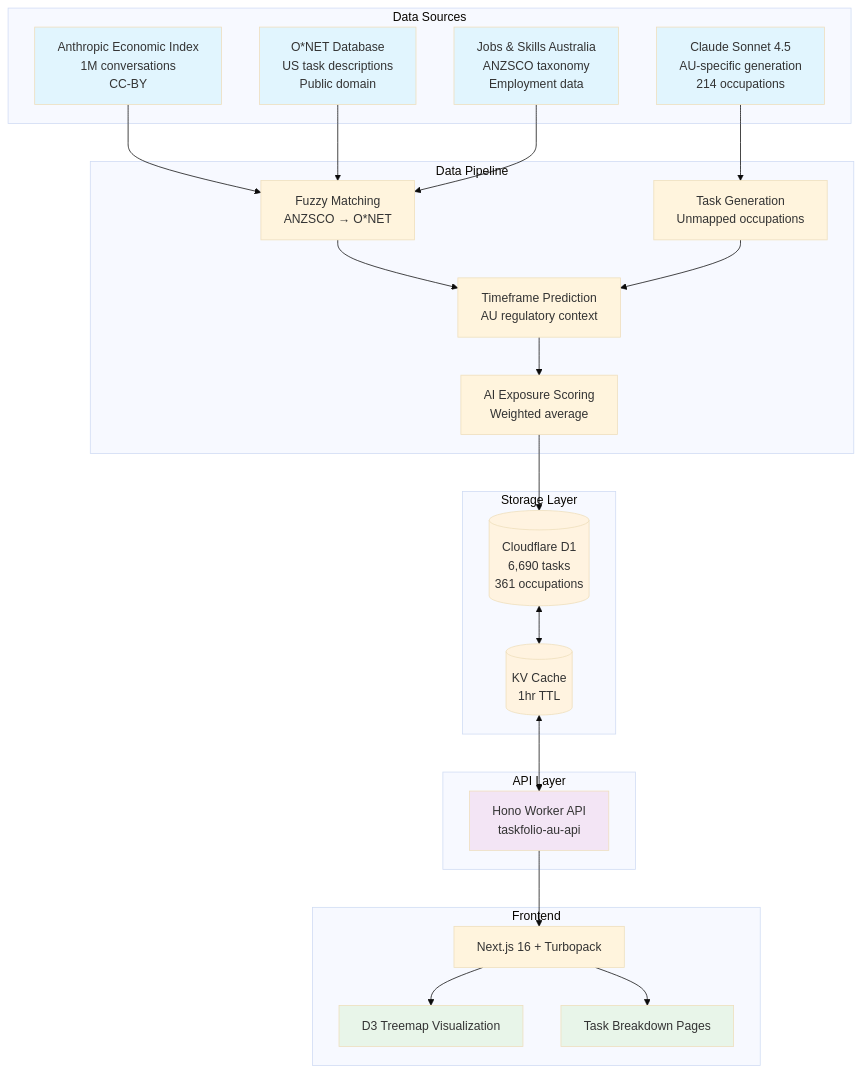
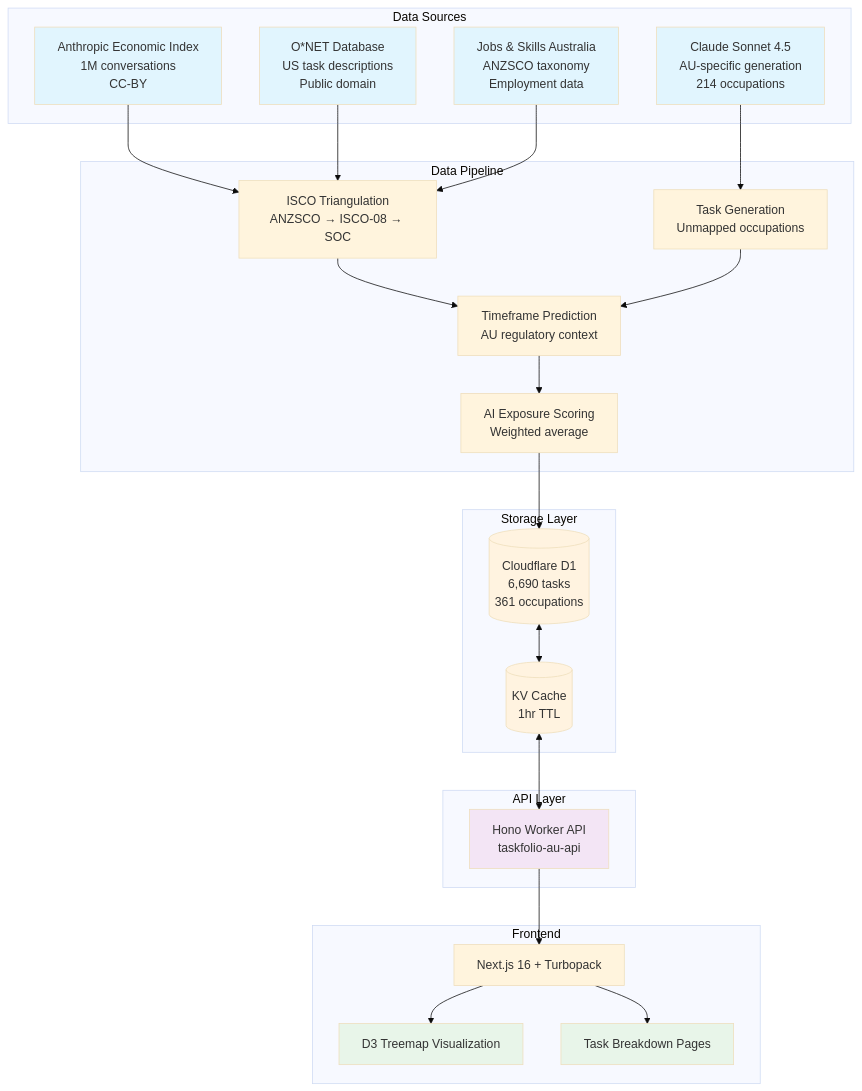
Before and after one commit to suryast/task-folio: the first of 3 diagrams in README.md, drawn with Mermaid (base theme). The commit also changed other lines of this file and 1 other file, not shown here.

````diff
--- a/README.md
+++ b/README.md
@@ -36,51 +36,51 @@
 ```mermaid
 graph TB
     subgraph "Data Sources"
         A1[Anthropic Economic Index<br/>1M conversations<br/>CC-BY]
         A2[O*NET Database<br/>US task descriptions<br/>Public domain]
         A3[Jobs & Skills Australia<br/>ANZSCO taxonomy<br/>Employment data]
         A4[Claude Sonnet 4.5<br/>AU-specific generation<br/>214 occupations]
     end
     
     subgraph "Data Pipeline"
-        B1[Fuzzy Matching<br/>ANZSCO → O*NET]
+        B1[ISCO Triangulation<br/>ANZSCO → ISCO-08 → SOC]
         B2[Task Generation<br/>Unmapped occupations]
         B3[Timeframe Prediction<br/>AU regulatory context]
         B4[AI Exposure Scoring<br/>Weighted average]
     end
     
     subgraph "Storage Layer"
         C1[(Cloudflare D1<br/>6,690 tasks<br/>361 occupations)]
         C2[(KV Cache<br/>1hr TTL)]
     end
     
     subgraph "API Layer"
         D1[Hono Worker API<br/>taskfolio-au-api]
     end
     
     subgraph "Frontend"
         E1[Next.js 16 + Turbopack]
         E2[D3 Treemap Visualization]
         E3[Task Breakdown Pages]
     end
     
     A1 & A2 & A3 --> B1
     A4 --> B2
     B1 & B2 --> B3
     B3 --> B4
     B4 --> C1
     C1 <--> C2
     C2 <--> D1
     D1 --> E1
     E1 --> E2 & E3
     
     style A1 fill:#e1f5fe
     style A2 fill:#e1f5fe
     style A3 fill:#e1f5fe
     style A4 fill:#e1f5fe
     style C1 fill:#fff3e0
     style C2 fill:#fff3e0
     style D1 fill:#f3e5f5
     style E2 fill:#e8f5e9
     style E3 fill:#e8f5e9
 ```
````
